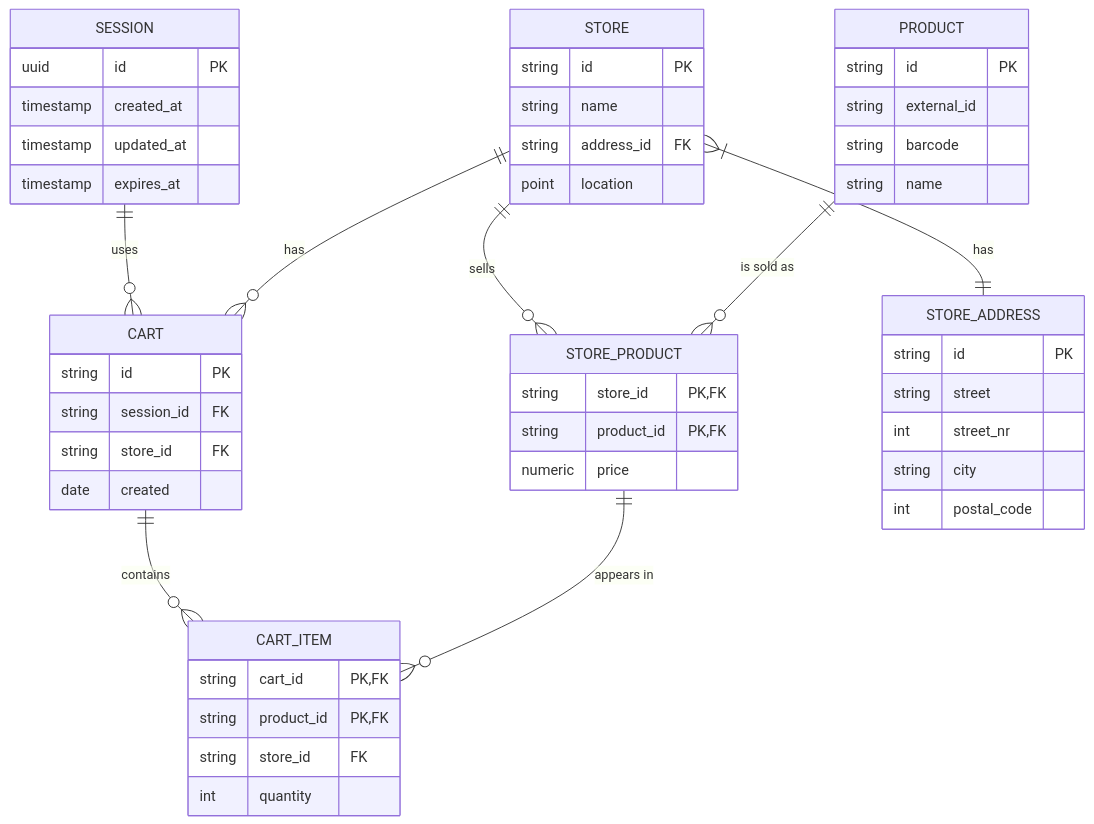
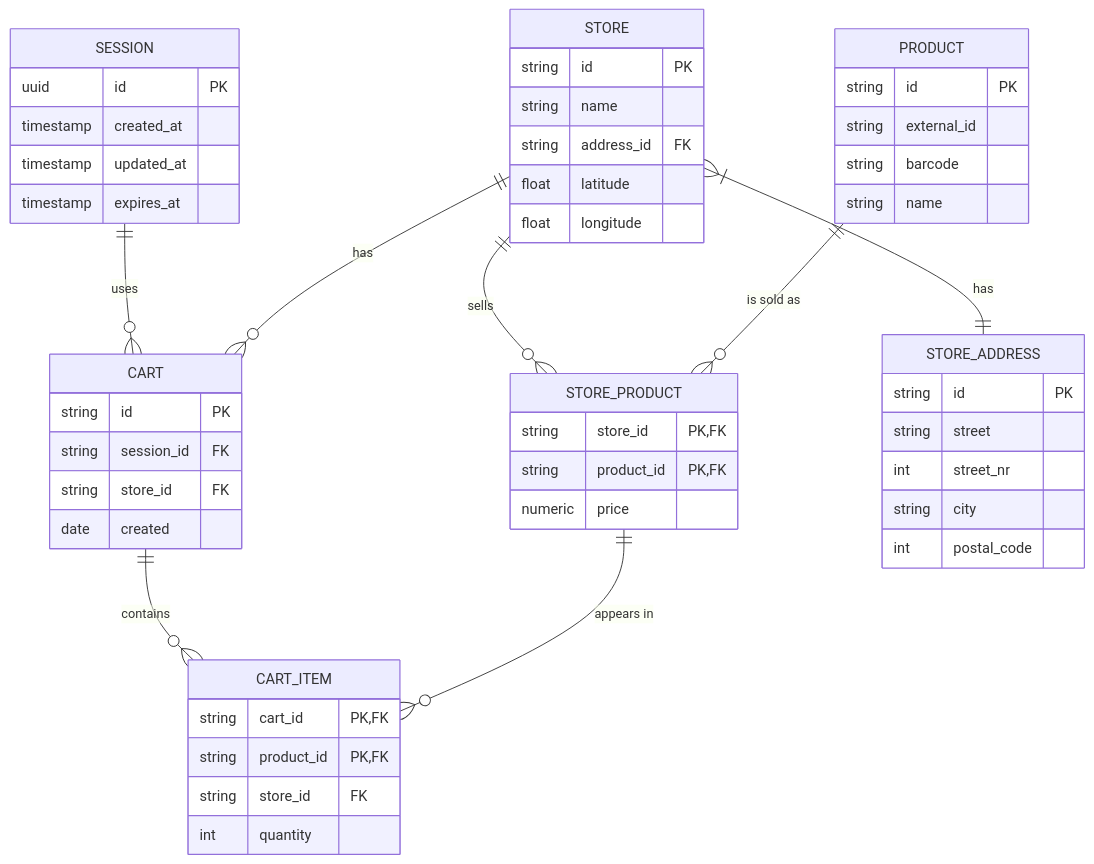
One commit to cool-scan-app/UniBlip changed the diagram in apps/api/ERD.md. Above: the diagram before and after it, drawn with Mermaid. The commit also changed 8 other files, not shown here.

````diff
--- a/apps/api/ERD.md
+++ b/apps/api/ERD.md
@@ -1,52 +1,53 @@
 ```mermaid
 erDiagram
     SESSION ||--o{ CART : uses
     CART ||--o{ CART_ITEM : contains
     STORE_PRODUCT ||--o{ CART_ITEM : "appears in"
     STORE ||--o{ CART : has
     STORE ||--o{ STORE_PRODUCT : sells
     STORE }|--|| STORE_ADDRESS : has
     PRODUCT ||--o{ STORE_PRODUCT : "is sold as"
     SESSION {
         uuid id PK
         timestamp created_at
         timestamp updated_at
         timestamp expires_at
     }
     CART {
         string id PK
         string session_id FK
         string store_id FK
         date created
     }
     PRODUCT {
         string id PK
         string external_id
         string barcode
         string name
     }
     CART_ITEM {
         string cart_id PK,FK
         string product_id PK,FK
         string store_id FK
         int quantity
     }
     STORE {
         string id PK
         string name
         string address_id FK
-        point location
+        float latitude
+        float longitude
     }
     STORE_ADDRESS {
         string id PK
         string street
         int street_nr
         string city
         int postal_code
     }
     STORE_PRODUCT {
         string store_id PK,FK
         string product_id PK,FK
         numeric price
     }
 ```
````
